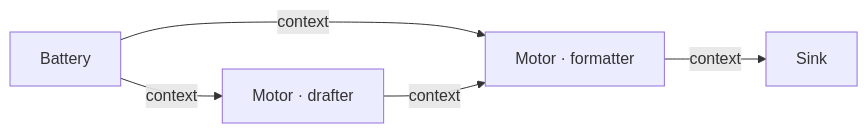
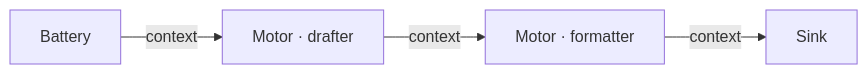
One commit to ssm-08/cirkit changed the first of 4 diagrams in docs/guides/circuit-design.md. Above: the diagram before and after it, drawn with Mermaid. The commit also changed other lines of this file and 16 other files, not shown here.

````diff
--- a/docs/guides/circuit-design.md
+++ b/docs/guides/circuit-design.md
@@ -18,7 +18,6 @@
 ```mermaid
 flowchart LR
     bat[Battery] -->|context| d[Motor · drafter]
-    bat          -->|context| f[Motor · formatter]
-    d            -->|context| f
+    d            -->|context| f[Motor · formatter]
     f            -->|context| sink[Sink]
 ```
````
